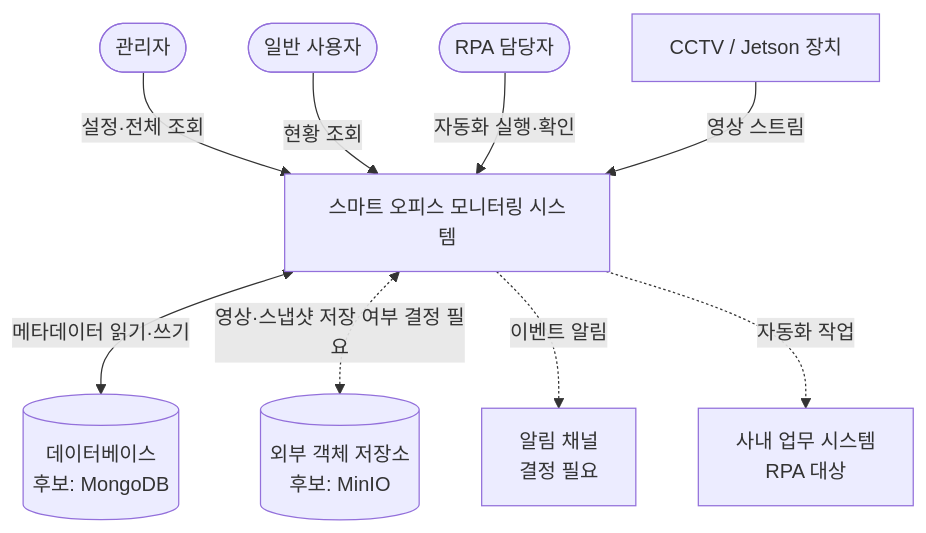
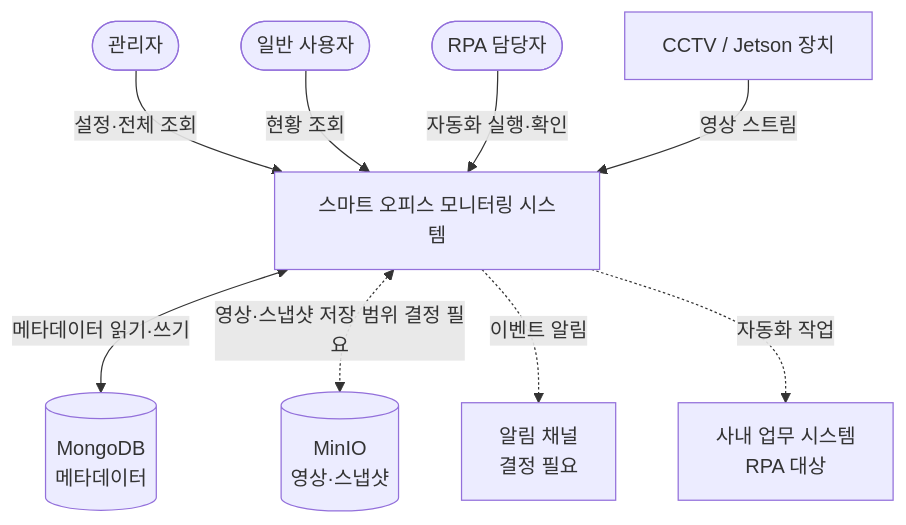
One commit to where-is-jo/classroom_monitoring changed the diagram in docs/architecture/system-context.md. Above: the diagram before and after it, drawn with Mermaid. The commit also changed other lines of this file and 12 other files, not shown here.

````diff
--- a/docs/architecture/system-context.md
+++ b/docs/architecture/system-context.md
@@ -14,24 +14,24 @@
 ```mermaid
 flowchart TB
     ADMIN([관리자])
     USER([일반 사용자])
     OPERATOR([RPA 담당자])
 
     SYS[스마트 오피스 모니터링 시스템]
 
     CAM[CCTV / Jetson 장치]
-    OBJSTORE[(외부 객체 저장소<br/>후보: MinIO)]
-    DB[(데이터베이스<br/>후보: MongoDB)]
+    OBJSTORE[(MinIO<br/>영상·스냅샷)]
+    DB[(MongoDB<br/>메타데이터)]
     NOTIFY[알림 채널<br/>결정 필요]
     BIZ[사내 업무 시스템<br/>RPA 대상]
 
     ADMIN -->|설정·전체 조회| SYS
     USER -->|현황 조회| SYS
     OPERATOR -->|자동화 실행·확인| SYS
 
     CAM -->|영상 스트림| SYS
     SYS <-->|메타데이터 읽기·쓰기| DB
-    SYS <-.->|영상·스냅샷 저장 여부 결정 필요| OBJSTORE
+    SYS <-.->|영상·스냅샷 저장 범위 결정 필요| OBJSTORE
     SYS -.->|이벤트 알림| NOTIFY
     SYS -.->|자동화 작업| BIZ
 ```
````
